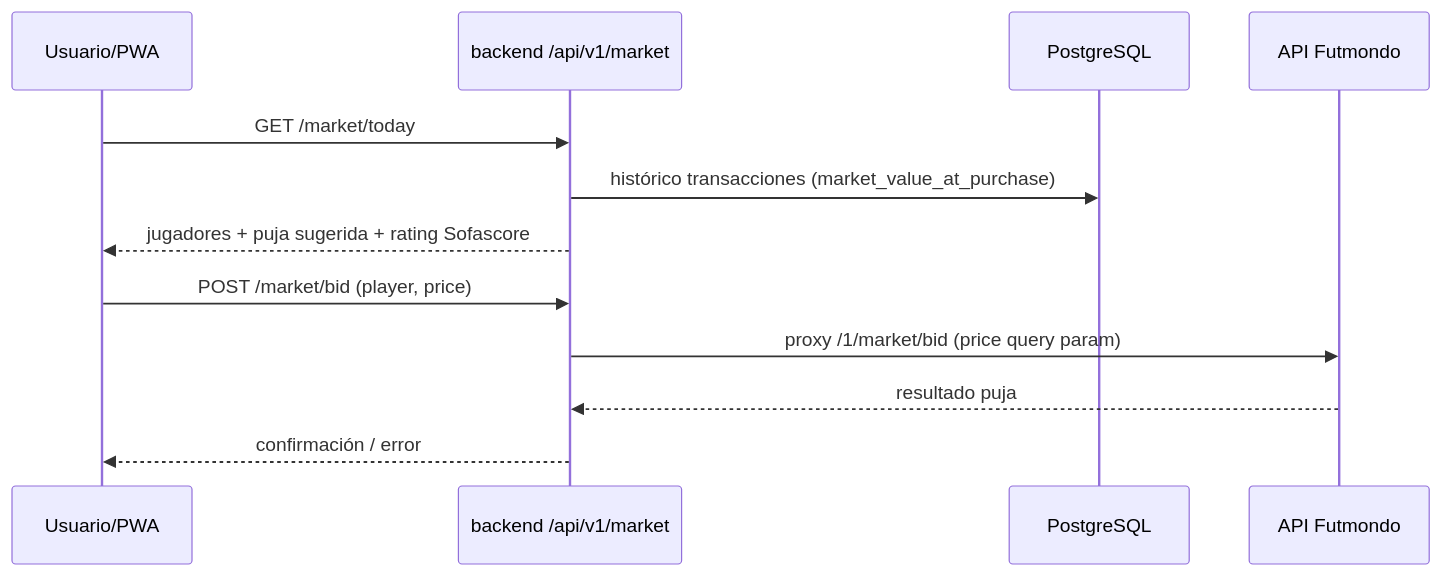
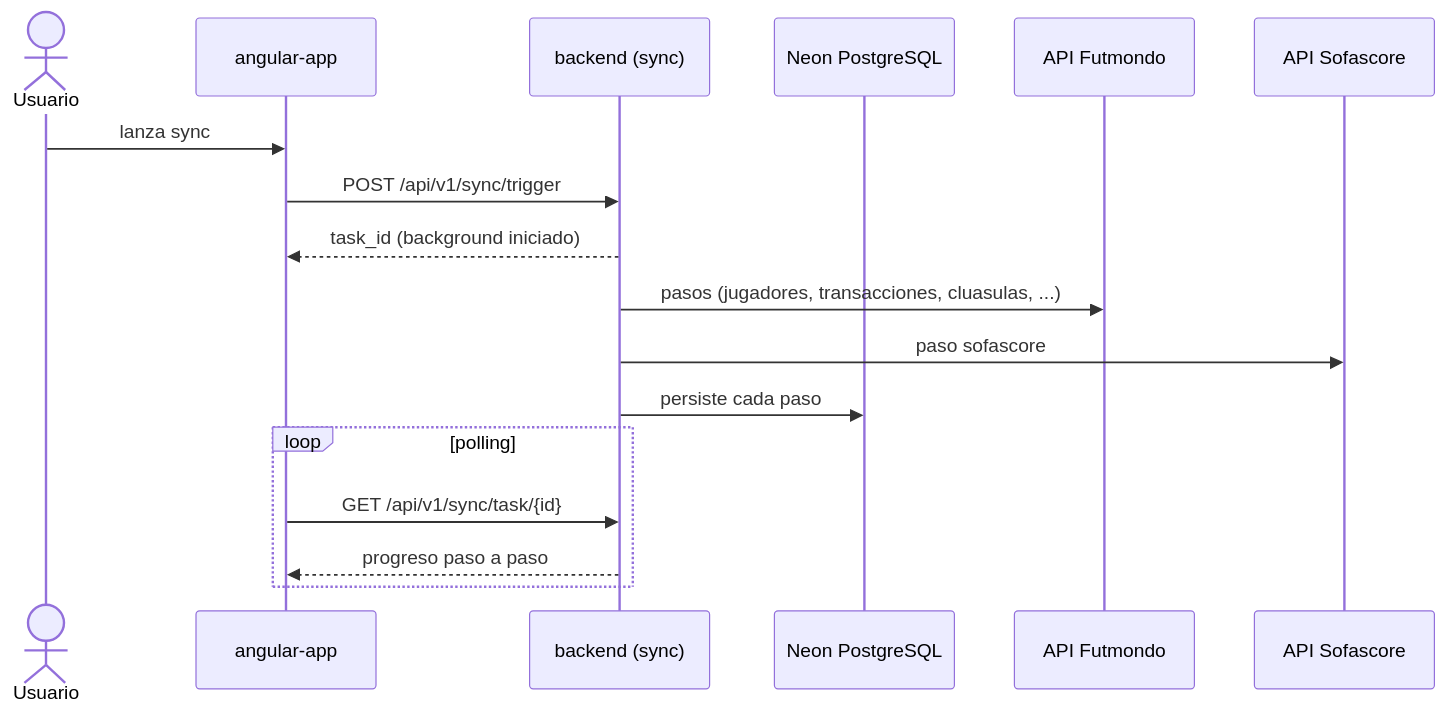
The fourth of 4 diagrams in aidlc/spaces/default/codekb/futmondo-analytics/architecture.md (Mutinho/futmondo-analytics), drawn with Mermaid before and after one commit. The commit also changed other lines of this file and 50 other files, not shown here.

````diff
--- a/aidlc/spaces/default/codekb/futmondo-analytics/architecture.md
+++ b/aidlc/spaces/default/codekb/futmondo-analytics/architecture.md
@@ -165,15 +97,19 @@
 ```mermaid
 sequenceDiagram
-    participant U as Usuario/PWA
-    participant BE as backend /api/v1/market
-    participant DB as PostgreSQL
-    participant FM as API Futmondo
-
-    U->>BE: GET /market/today
-    BE->>DB: histórico transacciones (market_value_at_purchase)
-    BE-->>U: jugadores + puja sugerida + rating Sofascore
-    U->>BE: POST /market/bid (player, price)
-    BE->>FM: proxy /1/market/bid (price query param)
-    FM-->>BE: resultado puja
-    BE-->>U: confirmación / error
+  actor U as Usuario
+  participant FE as angular-app
+  participant BE as backend (sync)
+  participant DB as Neon PostgreSQL
+  participant FM as API Futmondo
+  participant SS as API Sofascore
+  U->>FE: lanza sync
+  FE->>BE: POST /api/v1/sync/trigger
+  BE-->>FE: task_id (background iniciado)
+  BE->>FM: pasos (jugadores, transacciones, cluasulas, ...)
+  BE->>SS: paso sofascore
+  BE->>DB: persiste cada paso
+  loop polling
+    FE->>BE: GET /api/v1/sync/task/{id}
+    BE-->>FE: progreso paso a paso
+  end
 ```
````
